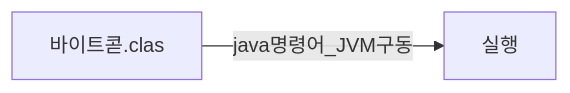
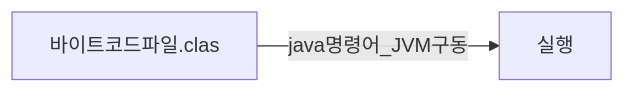
The second of 2 diagrams in _posts/Java/이것이 자바다 개정판/2024-01-28-.md (LogInDev/LogInDev.github.io), drawn with Mermaid before and after one commit. The commit also changed other lines of this file, not shown here.

````diff
--- a/_posts/Java/이것이 자바다 개정판/2024-01-28-.md
+++ b/_posts/Java/이것이 자바다 개정판/2024-01-28-.md
@@ -48,4 +48,4 @@
 ```mermaid
 flowchart LR 
-바이트콛.clas-->|java명령어_JVM구동|실행
+바이트코드파일.clas-->|java명령어_JVM구동|실행
 ```
````
